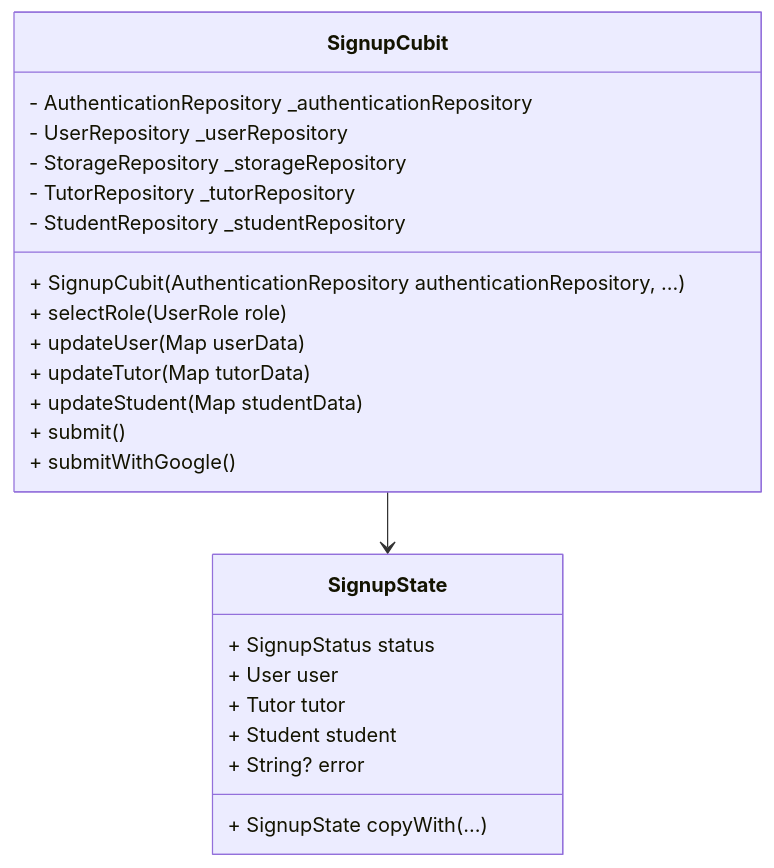
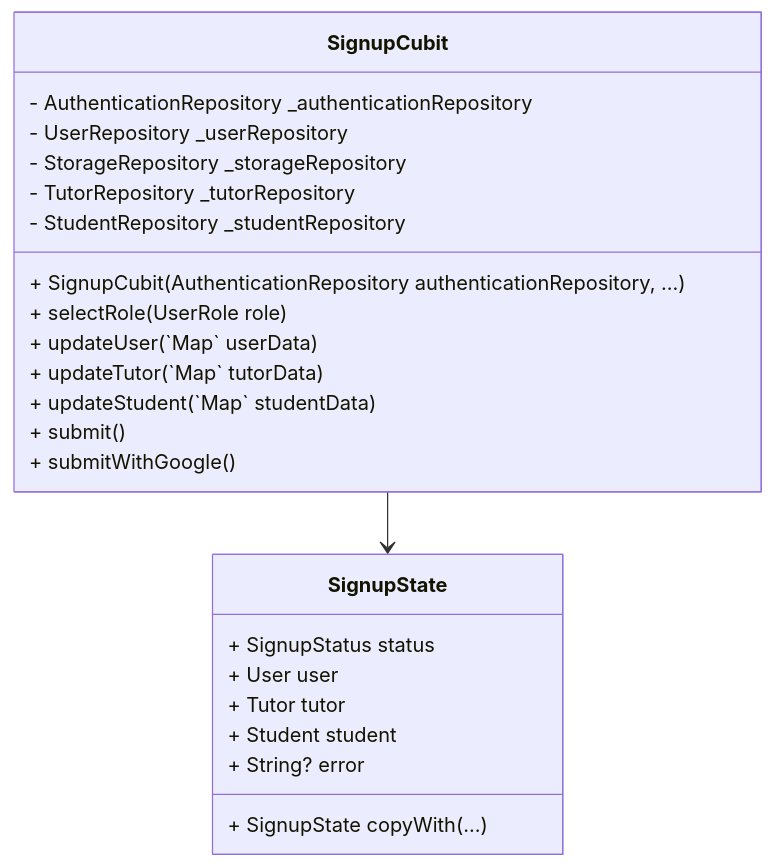
The first of 2 diagrams in docs/docs/features/signup/cubit.md (ohjime/tutorly), drawn with Mermaid before and after one commit. The commit also changed other lines of this file and 4 other files, not shown here.

````diff
--- a/docs/docs/features/signup/cubit.md
+++ b/docs/docs/features/signup/cubit.md
@@ -6,28 +6,28 @@
 ```mermaid
 classDiagram
     class SignupCubit {
         - AuthenticationRepository _authenticationRepository
         - UserRepository _userRepository
         - StorageRepository _storageRepository
         - TutorRepository _tutorRepository
         - StudentRepository _studentRepository
         + SignupCubit(AuthenticationRepository authenticationRepository, ...)
         + selectRole(UserRole role)
-        + updateUser(Map<String, dynamic> userData)
-        + updateTutor(Map<String, dynamic> tutorData)
-        + updateStudent(Map<String, dynamic> studentData)
+        + updateUser(`Map<String, dynamic>` userData)
+        + updateTutor(`Map<String, dynamic>` tutorData)
+        + updateStudent(`Map<String, dynamic>` studentData)
         + submit()
         + submitWithGoogle()
     }
 
     class SignupState {
         + SignupStatus status
         + User user
         + Tutor tutor
         + Student student
         + String? error
         + SignupState copyWith(...)
     }
 
     SignupCubit --> SignupState
 ```
````
